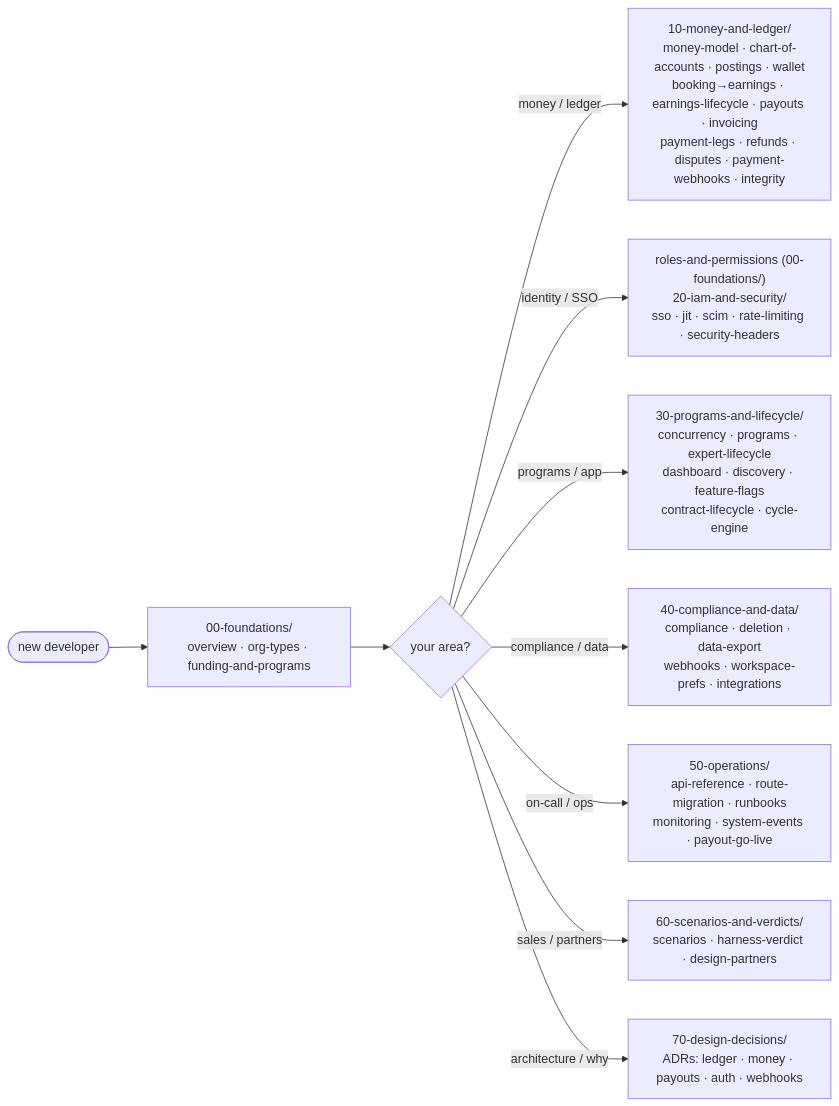
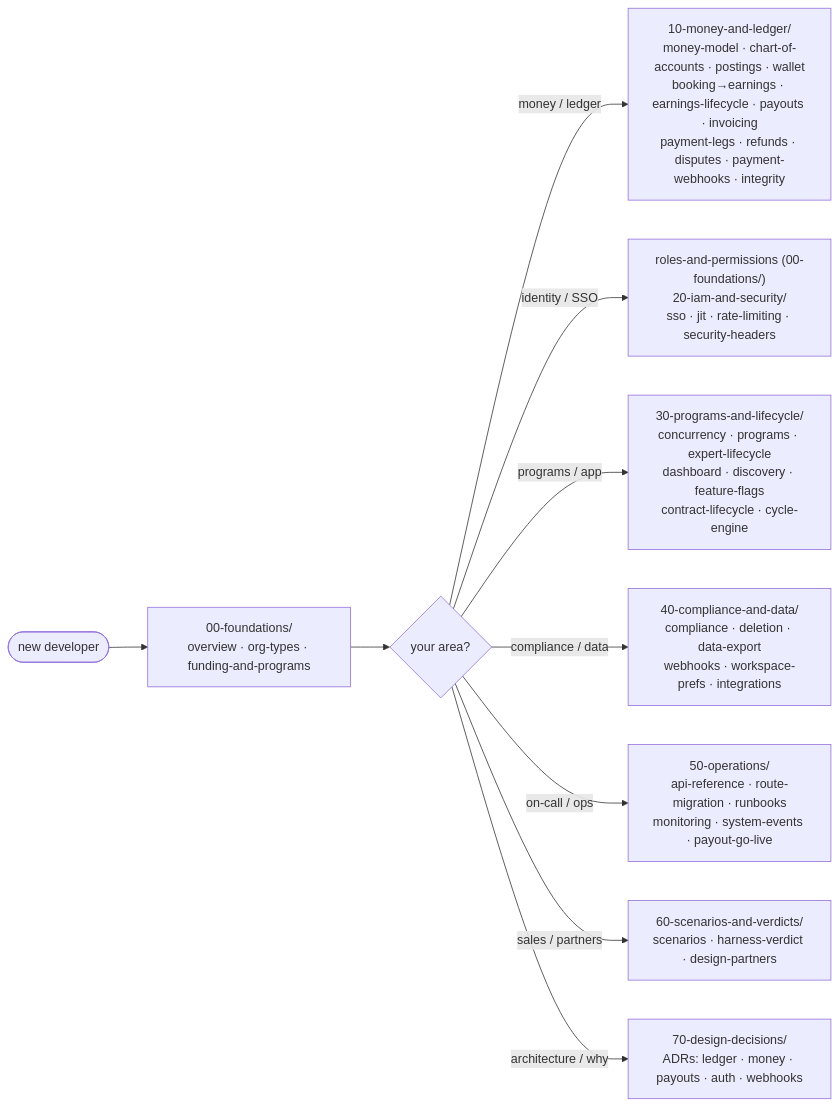
Before and after one commit to Practitionist/familiarise_web: the diagram in docs/enterprise/README.md, drawn with Mermaid. The commit also changed other lines of this file, not shown here.

First line of the commit message:
docs(enterprise): drop SCIM and break-glass from the enterprise index

````diff
--- a/docs/enterprise/README.md
+++ b/docs/enterprise/README.md
@@ -21,12 +21,12 @@
 ```mermaid
 flowchart LR
   START([new developer]) --> OV["00-foundations/<br/>overview · org-types · funding-and-programs"]
   OV --> PATH{your area?}
   PATH -->|money / ledger| MONEY["10-money-and-ledger/<br/>money-model · chart-of-accounts · postings · wallet<br/>booking→earnings · earnings-lifecycle · payouts · invoicing<br/>payment-legs · refunds · disputes · payment-webhooks · integrity"]
-  PATH -->|identity / SSO| IAM["roles-and-permissions (00-foundations/)<br/>20-iam-and-security/<br/>sso · jit · scim · rate-limiting · security-headers"]
+  PATH -->|identity / SSO| IAM["roles-and-permissions (00-foundations/)<br/>20-iam-and-security/<br/>sso · jit · rate-limiting · security-headers"]
   PATH -->|programs / app| PROG["30-programs-and-lifecycle/<br/>concurrency · programs · expert-lifecycle<br/>dashboard · discovery · feature-flags<br/>contract-lifecycle · cycle-engine"]
   PATH -->|compliance / data| COMP["40-compliance-and-data/<br/>compliance · deletion · data-export<br/>webhooks · workspace-prefs · integrations"]
   PATH -->|on-call / ops| OPS["50-operations/<br/>api-reference · route-migration · runbooks<br/>monitoring · system-events · payout-go-live"]
   PATH -->|sales / partners| SALES["60-scenarios-and-verdicts/<br/>scenarios · harness-verdict · design-partners"]
   PATH -->|architecture / why| ADR["70-design-decisions/<br/>ADRs: ledger · money · payouts · auth · webhooks"]
 ```
````
